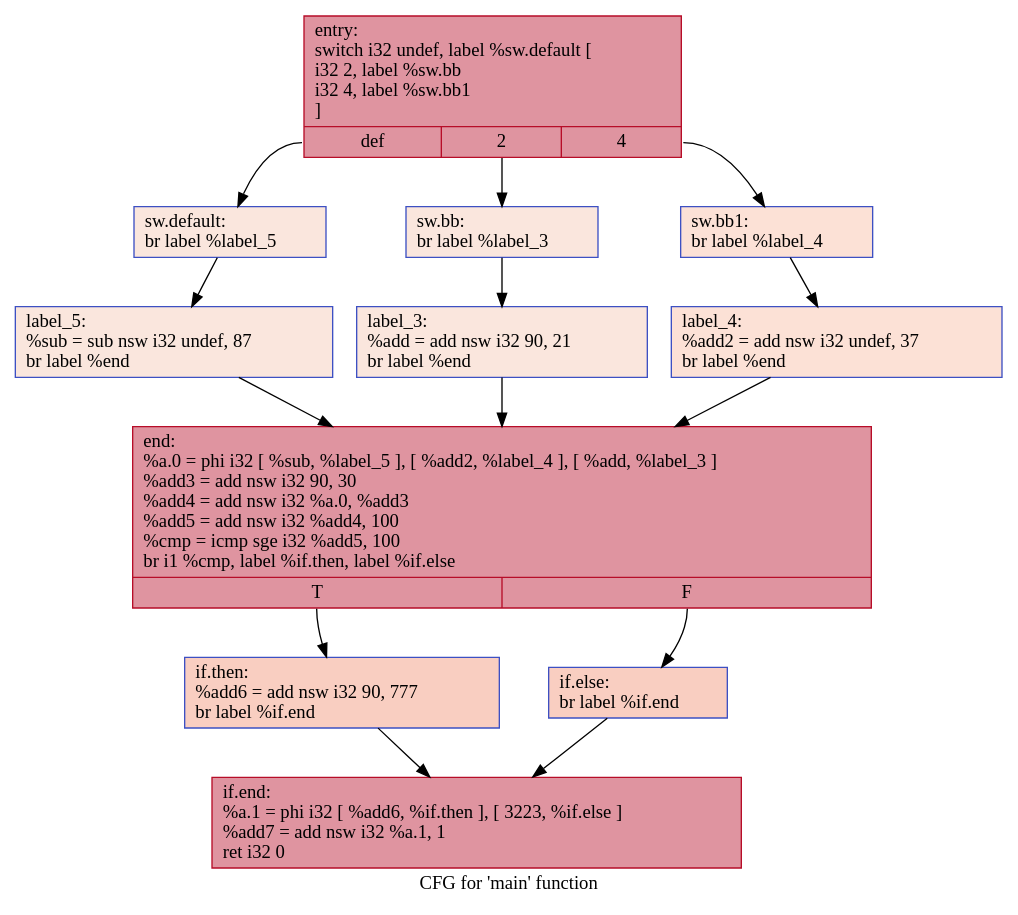
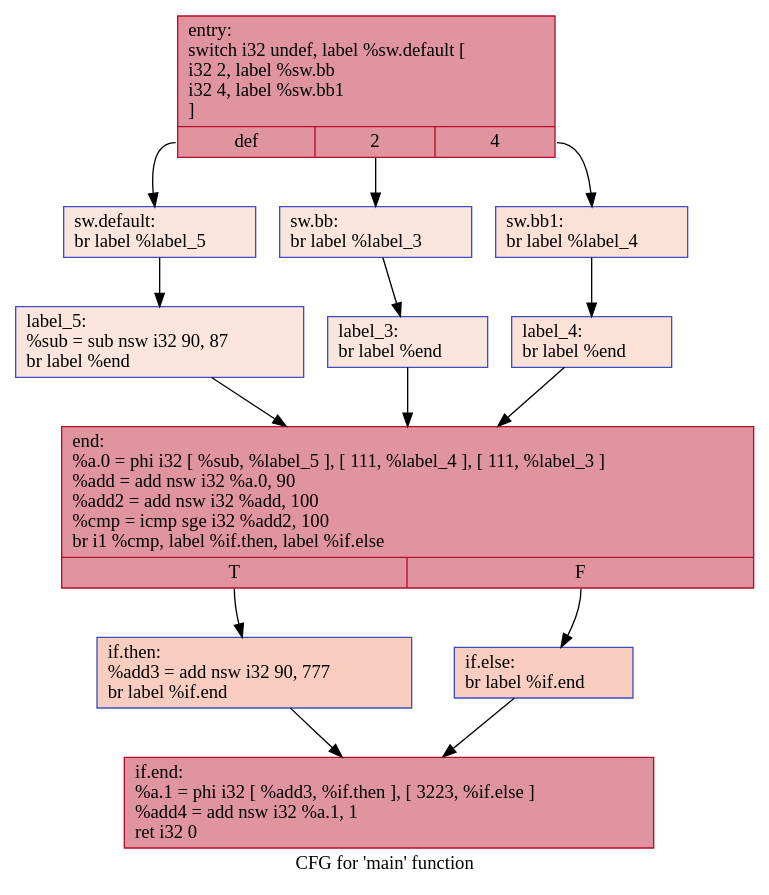
The diagram in IR/cfg/baseline.dot (HPSSA-LLVM/HPSSA-LLVM), drawn with Graphviz before and after one commit. The commit also changed 36 other files, not shown here.

```diff
--- a/IR/cfg/baseline.dot
+++ b/IR/cfg/baseline.dot
@@ -1,28 +1,28 @@
 digraph "CFG for 'main' function" {
 	label="CFG for 'main' function";
 
-	Node0x5618d3354840 [shape=record,color="#b70d28ff", style=filled, fillcolor="#b70d2870",label="{entry:\l  switch i32 undef, label %sw.default [\l    i32 2, label %sw.bb\l    i32 4, label %sw.bb1\l  ]\l|{<s0>def|<s1>2|<s2>4}}"];
-	Node0x5618d3354840:s0 -> Node0x5618d3354da0;
-	Node0x5618d3354840:s1 -> Node0x5618d3354e20;
-	Node0x5618d3354840:s2 -> Node0x5618d3354ec0;
-	Node0x5618d3354e20 [shape=record,color="#3d50c3ff", style=filled, fillcolor="#f3c7b170",label="{sw.bb:                                            \l  br label %label_3\l}"];
-	Node0x5618d3354e20 -> Node0x5618d3355050;
-	Node0x5618d3354ec0 [shape=record,color="#3d50c3ff", style=filled, fillcolor="#f7bca170",label="{sw.bb1:                                           \l  br label %label_4\l}"];
-	Node0x5618d3354ec0 -> Node0x5618d3355130;
-	Node0x5618d3354da0 [shape=record,color="#3d50c3ff", style=filled, fillcolor="#f3c7b170",label="{sw.default:                                       \l  br label %label_5\l}"];
-	Node0x5618d3354da0 -> Node0x5618d3355210;
-	Node0x5618d3355050 [shape=record,color="#3d50c3ff", style=filled, fillcolor="#f3c7b170",label="{label_3:                                          \l  %add = add nsw i32 90, 21\l  br label %end\l}"];
-	Node0x5618d3355050 -> Node0x5618d3355400;
-	Node0x5618d3355130 [shape=record,color="#3d50c3ff", style=filled, fillcolor="#f7bca170",label="{label_4:                                          \l  %add2 = add nsw i32 undef, 37\l  br label %end\l}"];
-	Node0x5618d3355130 -> Node0x5618d3355400;
-	Node0x5618d3355210 [shape=record,color="#3d50c3ff", style=filled, fillcolor="#f3c7b170",label="{label_5:                                          \l  %sub = sub nsw i32 undef, 87\l  br label %end\l}"];
-	Node0x5618d3355210 -> Node0x5618d3355400;
-	Node0x5618d3355400 [shape=record,color="#b70d28ff", style=filled, fillcolor="#b70d2870",label="{end:                                              \l  %a.0 = phi i32 [ %sub, %label_5 ], [ %add2, %label_4 ], [ %add, %label_3 ]\l  %add3 = add nsw i32 90, 30\l  %add4 = add nsw i32 %a.0, %add3\l  %add5 = add nsw i32 %add4, 100\l  %cmp = icmp sge i32 %add5, 100\l  br i1 %cmp, label %if.then, label %if.else\l|{<s0>T|<s1>F}}"];
-	Node0x5618d3355400:s0 -> Node0x5618d3355d30;
-	Node0x5618d3355400:s1 -> Node0x5618d3355da0;
-	Node0x5618d3355d30 [shape=record,color="#3d50c3ff", style=filled, fillcolor="#f2907270",label="{if.then:                                          \l  %add6 = add nsw i32 90, 777\l  br label %if.end\l}"];
-	Node0x5618d3355d30 -> Node0x5618d3355fa0;
-	Node0x5618d3355da0 [shape=record,color="#3d50c3ff", style=filled, fillcolor="#f2907270",label="{if.else:                                          \l  br label %if.end\l}"];
-	Node0x5618d3355da0 -> Node0x5618d3355fa0;
-	Node0x5618d3355fa0 [shape=record,color="#b70d28ff", style=filled, fillcolor="#b70d2870",label="{if.end:                                           \l  %a.1 = phi i32 [ %add6, %if.then ], [ 3223, %if.else ]\l  %add7 = add nsw i32 %a.1, 1\l  ret i32 0\l}"];
+	Node0x5577358f97e0 [shape=record,color="#b70d28ff", style=filled, fillcolor="#b70d2870",label="{entry:\l  switch i32 undef, label %sw.default [\l    i32 2, label %sw.bb\l    i32 4, label %sw.bb1\l  ]\l|{<s0>def|<s1>2|<s2>4}}"];
+	Node0x5577358f97e0:s0 -> Node0x5577358f9d40;
+	Node0x5577358f97e0:s1 -> Node0x5577358f9dc0;
+	Node0x5577358f97e0:s2 -> Node0x5577358f9e60;
+	Node0x5577358f9dc0 [shape=record,color="#3d50c3ff", style=filled, fillcolor="#f3c7b170",label="{sw.bb:                                            \l  br label %label_3\l}"];
+	Node0x5577358f9dc0 -> Node0x5577358f9ff0;
+	Node0x5577358f9e60 [shape=record,color="#3d50c3ff", style=filled, fillcolor="#f7bca170",label="{sw.bb1:                                           \l  br label %label_4\l}"];
+	Node0x5577358f9e60 -> Node0x5577358fa0d0;
+	Node0x5577358f9d40 [shape=record,color="#3d50c3ff", style=filled, fillcolor="#f3c7b170",label="{sw.default:                                       \l  br label %label_5\l}"];
+	Node0x5577358f9d40 -> Node0x5577358fa1b0;
+	Node0x5577358f9ff0 [shape=record,color="#3d50c3ff", style=filled, fillcolor="#f3c7b170",label="{label_3:                                          \l  br label %end\l}"];
+	Node0x5577358f9ff0 -> Node0x5577358fa290;
+	Node0x5577358fa0d0 [shape=record,color="#3d50c3ff", style=filled, fillcolor="#f7bca170",label="{label_4:                                          \l  br label %end\l}"];
+	Node0x5577358fa0d0 -> Node0x5577358fa290;
+	Node0x5577358fa1b0 [shape=record,color="#3d50c3ff", style=filled, fillcolor="#f3c7b170",label="{label_5:                                          \l  %sub = sub nsw i32 90, 87\l  br label %end\l}"];
+	Node0x5577358fa1b0 -> Node0x5577358fa290;
+	Node0x5577358fa290 [shape=record,color="#b70d28ff", style=filled, fillcolor="#b70d2870",label="{end:                                              \l  %a.0 = phi i32 [ %sub, %label_5 ], [ 111, %label_4 ], [ 111, %label_3 ]\l  %add = add nsw i32 %a.0, 90\l  %add2 = add nsw i32 %add, 100\l  %cmp = icmp sge i32 %add2, 100\l  br i1 %cmp, label %if.then, label %if.else\l|{<s0>T|<s1>F}}"];
+	Node0x5577358fa290:s0 -> Node0x5577358faa60;
+	Node0x5577358fa290:s1 -> Node0x5577358faad0;
+	Node0x5577358faa60 [shape=record,color="#3d50c3ff", style=filled, fillcolor="#f2907270",label="{if.then:                                          \l  %add3 = add nsw i32 90, 777\l  br label %if.end\l}"];
+	Node0x5577358faa60 -> Node0x5577358facd0;
+	Node0x5577358faad0 [shape=record,color="#3d50c3ff", style=filled, fillcolor="#f2907270",label="{if.else:                                          \l  br label %if.end\l}"];
+	Node0x5577358faad0 -> Node0x5577358facd0;
+	Node0x5577358facd0 [shape=record,color="#b70d28ff", style=filled, fillcolor="#b70d2870",label="{if.end:                                           \l  %a.1 = phi i32 [ %add3, %if.then ], [ 3223, %if.else ]\l  %add4 = add nsw i32 %a.1, 1\l  ret i32 0\l}"];
 }
```
